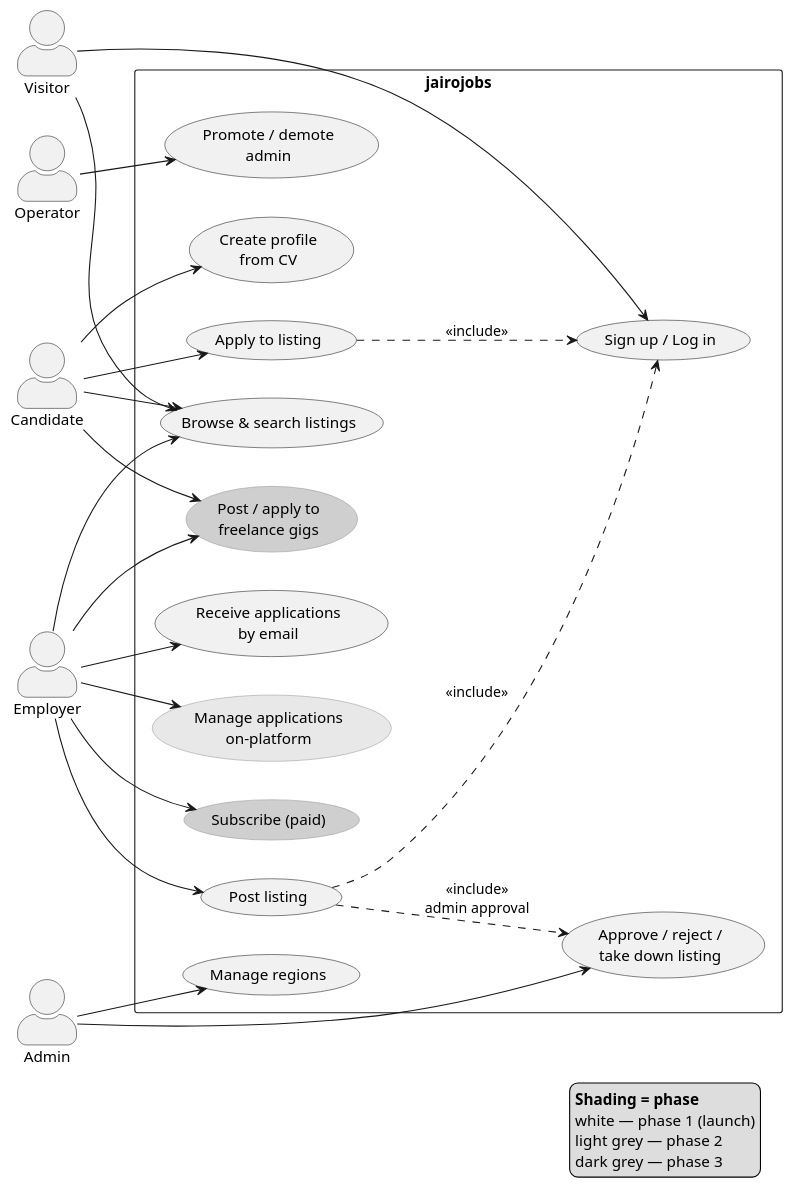
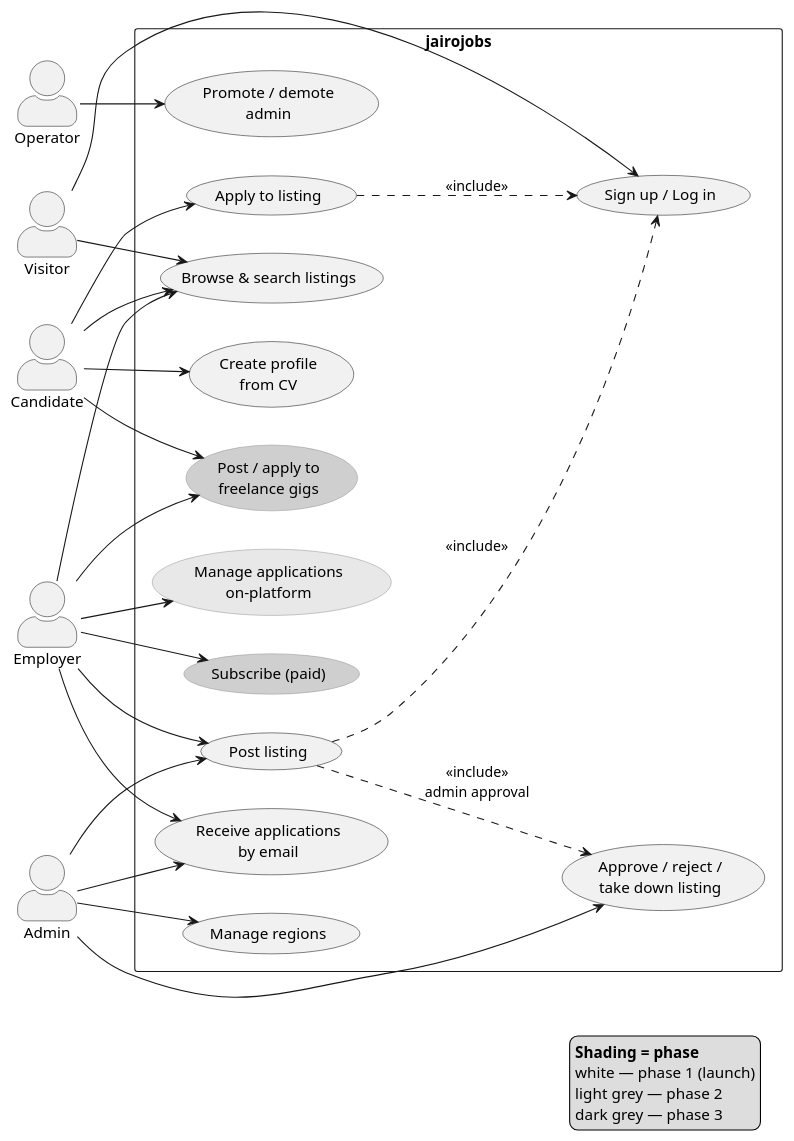
The diagram in docs/architecture/diagrams/src/usecase-product.puml (raseniero/jairojobs-elixir), drawn with PlantUML before and after one commit. The commit also changed 21 other files, not shown here.

Commit message:
docs: consistency pass after spec 003 review (specs 000 and 003, architecture, constitution examples)

```diff
--- a/docs/architecture/diagrams/src/usecase-product.puml
+++ b/docs/architecture/diagrams/src/usecase-product.puml
@@ -1,68 +1,70 @@
 @startuml usecase-product
 ' Product-level use case diagram — who can do what.
 ' Source of truth: docs/specs/000-product-overview/spec.md (personas + access matrix + feature map)
 ' Render: scripts/render-diagrams.sh
 
 left to right direction
 skinparam actorStyle awesome
 hide stereotype
 skinparam usecase {
   BackgroundColor<<phase2>> #E8E8E8
   BackgroundColor<<phase3>> #CFCFCF
   BorderColor<<phase2>> #999999
   BorderColor<<phase3>> #999999
 }
 
 actor Visitor
 actor Candidate
 actor Employer
 actor Admin
 actor Operator
 
 rectangle "jairojobs" {
   usecase "Browse & search listings" as UC1
   usecase "Sign up / Log in" as UC2
   usecase "Create profile\nfrom CV" as UC3
   usecase "Apply to listing" as UC4
   usecase "Post listing" as UC5
   usecase "Receive applications\nby email" as UC6
   usecase "Approve / reject /\ntake down listing" as UC7
   usecase "Manage regions" as UC8
   usecase "Promote / demote\nadmin" as UC9
   usecase "Manage applications\non-platform" as UC10 <<phase2>>
   usecase "Subscribe (paid)" as UC11 <<phase3>>
   usecase "Post / apply to\nfreelance gigs" as UC12 <<phase3>>
 }
 
 Visitor --> UC1
 Visitor --> UC2
 
 Candidate --> UC1
 Candidate --> UC3
 Candidate --> UC4
 Candidate --> UC12
 
 Employer --> UC1
 Employer --> UC5
 Employer --> UC6
 Employer --> UC10
 Employer --> UC11
 Employer --> UC12
 
 Admin --> UC7
 Admin --> UC8
+Admin --> UC5
+Admin --> UC6
 
 Operator --> UC9
 
 UC4 ..> UC2 : <<include>>
 UC5 ..> UC2 : <<include>>
 UC5 ..> UC7 : <<include>>\nadmin approval
 
 legend right
   **Shading = phase**
   white — phase 1 (launch)
   light grey — phase 2
   dark grey — phase 3
 endlegend
 
 @enduml
```
